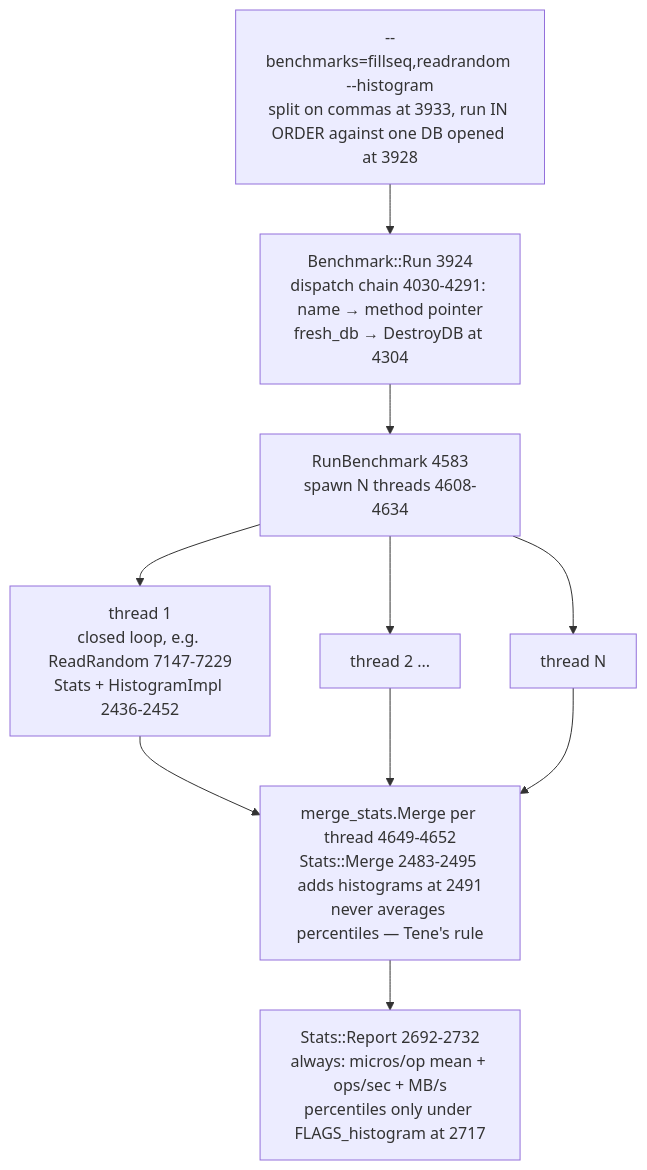
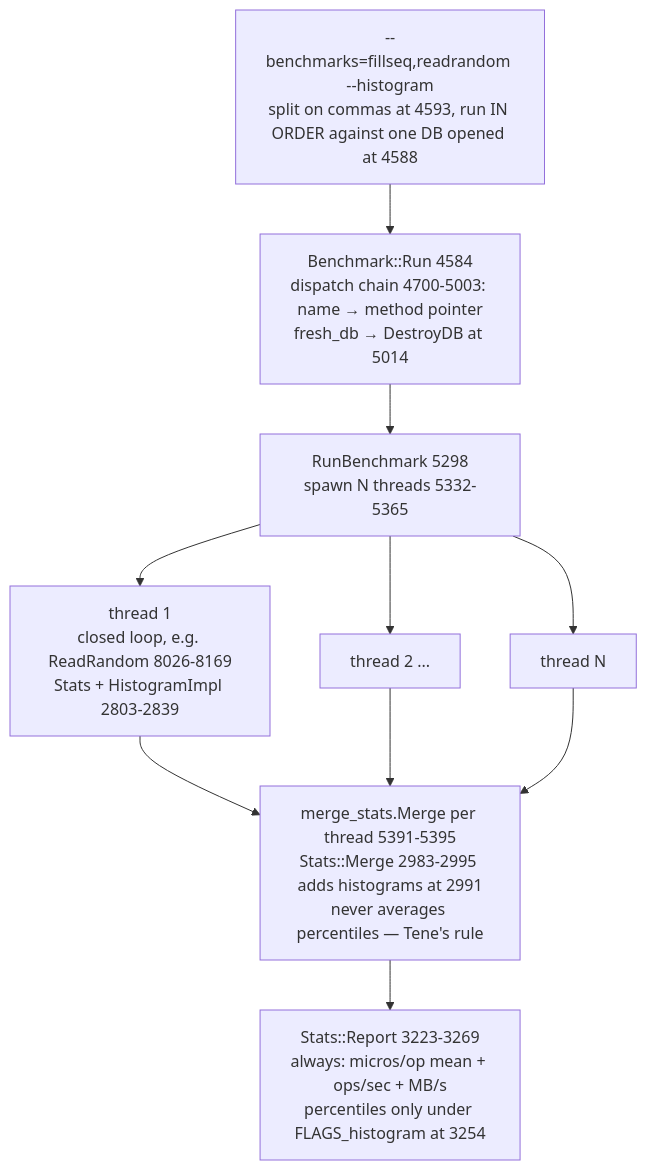
Before and after one commit to AviAvni/database-learning-path: the diagram in topics/00-performance-toolbox/reading-rocksdb-db-bench.md, drawn with Mermaid. The commit also changed other lines of this file and 26 other files, not shown here.

````diff
--- a/topics/00-performance-toolbox/reading-rocksdb-db-bench.md
+++ b/topics/00-performance-toolbox/reading-rocksdb-db-bench.md
@@ -580,13 +580,13 @@
 ```mermaid
 flowchart TD
-    F["--benchmarks=fillseq,readrandom --histogram<br/>split on commas at 3933, run IN ORDER against one DB opened at 3928"]
-    F --> RUN["Benchmark::Run 3924<br/>dispatch chain 4030-4291: name → method pointer<br/>fresh_db → DestroyDB at 4304"]
-    RUN --> RB["RunBenchmark 4583<br/>spawn N threads 4608-4634"]
-    RB --> T1["thread 1<br/>closed loop, e.g. ReadRandom 7147-7229<br/>Stats + HistogramImpl 2436-2452"]
+    F["--benchmarks=fillseq,readrandom --histogram<br/>split on commas at 4593, run IN ORDER against one DB opened at 4588"]
+    F --> RUN["Benchmark::Run 4584<br/>dispatch chain 4700-5003: name → method pointer<br/>fresh_db → DestroyDB at 5014"]
+    RUN --> RB["RunBenchmark 5298<br/>spawn N threads 5332-5365"]
+    RB --> T1["thread 1<br/>closed loop, e.g. ReadRandom 8026-8169<br/>Stats + HistogramImpl 2803-2839"]
     RB --> T2["thread 2 ..."]
     RB --> TN["thread N"]
-    T1 --> M["merge_stats.Merge per thread 4649-4652<br/>Stats::Merge 2483-2495 adds histograms at 2491<br/>never averages percentiles — Tene's rule"]
+    T1 --> M["merge_stats.Merge per thread 5391-5395<br/>Stats::Merge 2983-2995 adds histograms at 2991<br/>never averages percentiles — Tene's rule"]
     T2 --> M
     TN --> M
-    M --> OUT["Stats::Report 2692-2732<br/>always: micros/op mean + ops/sec + MB/s<br/>percentiles only under FLAGS_histogram at 2717"]
+    M --> OUT["Stats::Report 3223-3269<br/>always: micros/op mean + ops/sec + MB/s<br/>percentiles only under FLAGS_histogram at 3254"]
 ```
````
